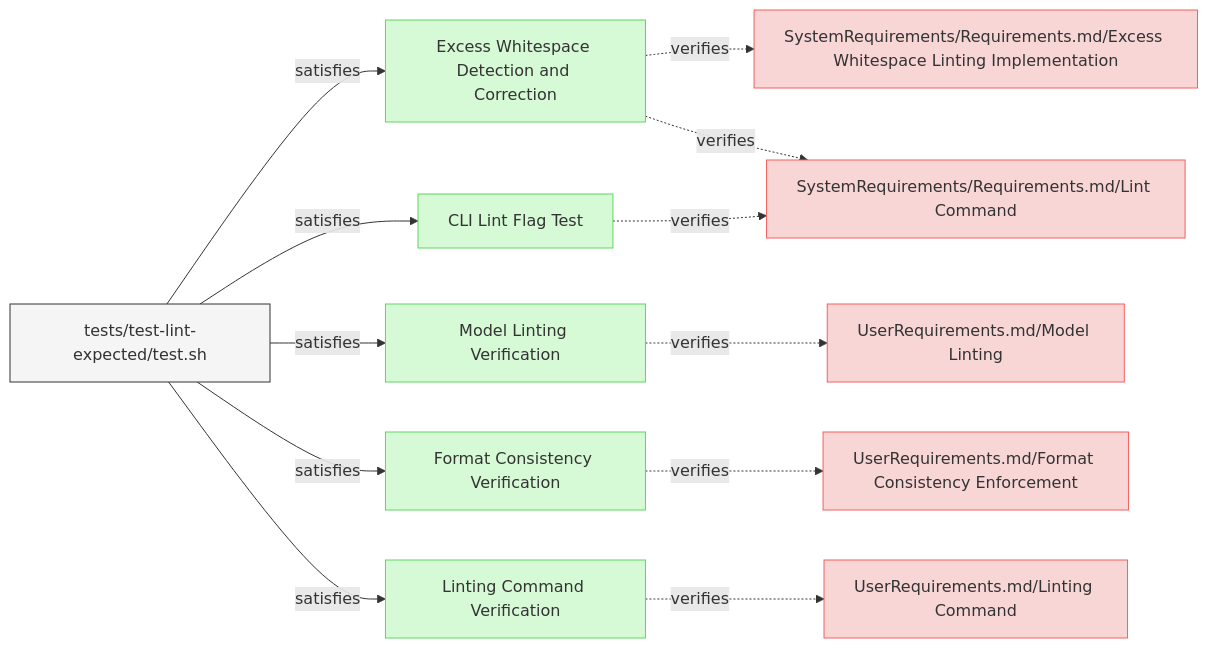
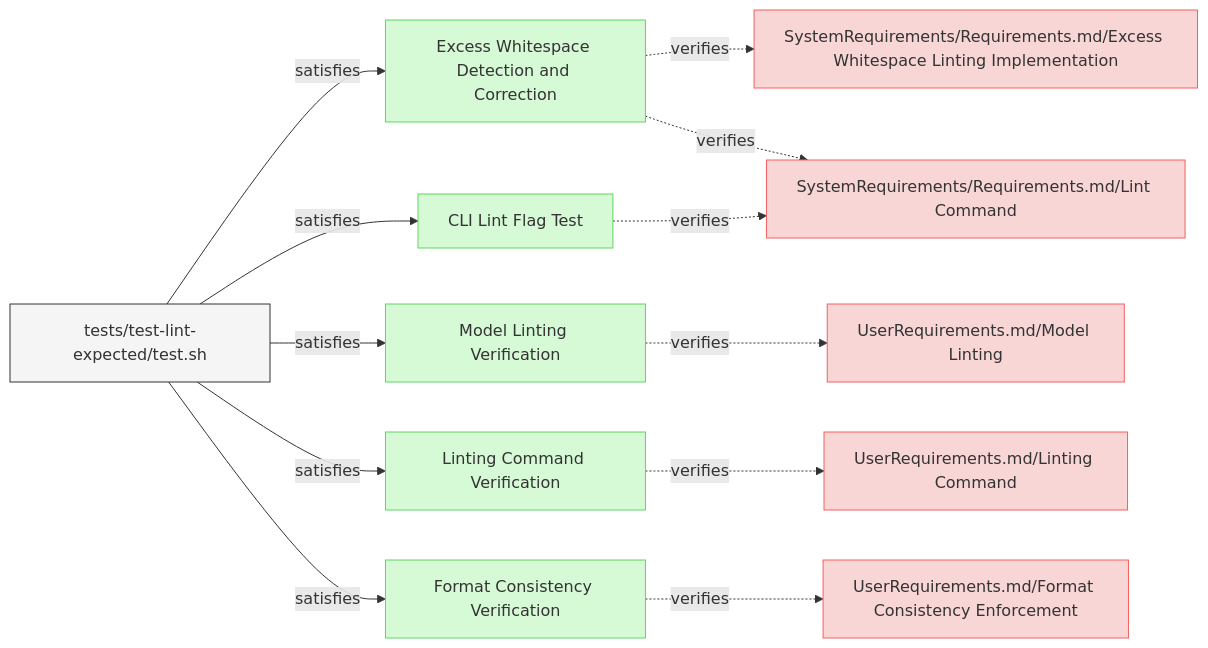
Before and after one commit to reqvire-org/reqvire: the first of 3 diagrams in specifications/Verifications/LintingTests.md, drawn with Mermaid. The commit also changed other lines of this file and 14 other files, not shown here.

````diff
--- a/specifications/Verifications/LintingTests.md
+++ b/specifications/Verifications/LintingTests.md
@@ -6,65 +6,65 @@
 ```mermaid
 graph LR;
   %% Graph styling
   classDef requirement fill:#f9d6d6,stroke:#f55f5f,stroke-width:1px;
   classDef verification fill:#d6f9d6,stroke:#5fd75f,stroke-width:1px;
   classDef externalLink fill:#d0e0ff,stroke:#3080ff,stroke-width:1px;
   classDef default fill:#f5f5f5,stroke:#333333,stroke-width:1px;
 
   37dbb69e504fec9d["Excess Whitespace Detection and Correction"];
   class 37dbb69e504fec9d verification;
   click 37dbb69e504fec9d "LintingTests.md#excess-whitespace-detection-and-correction";
   9f473f6e0b993cac["SystemRequirements/Requirements.md/Excess Whitespace Linting Implementation"];
   class 9f473f6e0b993cac requirement;
   click 9f473f6e0b993cac "../SystemRequirements/Requirements.md#excess-whitespace-linting-implementation";
   37dbb69e504fec9d -.->|verifies| 9f473f6e0b993cac;
   deaec107945edbed["SystemRequirements/Requirements.md/Lint Command"];
   class deaec107945edbed requirement;
   click deaec107945edbed "../SystemRequirements/Requirements.md#lint-command";
   37dbb69e504fec9d -.->|verifies| deaec107945edbed;
   a606311f33e42901["tests/test-lint-expected/test.sh"];
   class a606311f33e42901 default;
   click a606311f33e42901 "../../tests/test-lint-expected/test.sh";
   a606311f33e42901 -->|satisfies| 37dbb69e504fec9d;
-  706dca24b7cc1eb8["CLI Lint Flag Test"];
-  class 706dca24b7cc1eb8 verification;
-  click 706dca24b7cc1eb8 "LintingTests.md#cli-lint-flag-test";
-  706dca24b7cc1eb8 -.->|verifies| deaec107945edbed;
-  a606311f33e42901["tests/test-lint-expected/test.sh"];
-  class a606311f33e42901 default;
-  click a606311f33e42901 "../../tests/test-lint-expected/test.sh";
-  a606311f33e42901 -->|satisfies| 706dca24b7cc1eb8;
   6481e4ca8c4d6920["Model Linting Verification"];
   class 6481e4ca8c4d6920 verification;
   click 6481e4ca8c4d6920 "LintingTests.md#model-linting-verification";
   7305c1d6f7f1e2b2["UserRequirements.md/Model Linting"];
   class 7305c1d6f7f1e2b2 requirement;
   click 7305c1d6f7f1e2b2 "../UserRequirements.md#model-linting";
   6481e4ca8c4d6920 -.->|verifies| 7305c1d6f7f1e2b2;
   a606311f33e42901["tests/test-lint-expected/test.sh"];
   class a606311f33e42901 default;
   click a606311f33e42901 "../../tests/test-lint-expected/test.sh";
   a606311f33e42901 -->|satisfies| 6481e4ca8c4d6920;
+  a8037b2df81f02be["Linting Command Verification"];
+  class a8037b2df81f02be verification;
+  click a8037b2df81f02be "LintingTests.md#linting-command-verification";
+  a51179cda67cf9f2["UserRequirements.md/Linting Command"];
+  class a51179cda67cf9f2 requirement;
+  click a51179cda67cf9f2 "../UserRequirements.md#linting-command";
+  a8037b2df81f02be -.->|verifies| a51179cda67cf9f2;
+  a606311f33e42901["tests/test-lint-expected/test.sh"];
+  class a606311f33e42901 default;
+  click a606311f33e42901 "../../tests/test-lint-expected/test.sh";
+  a606311f33e42901 -->|satisfies| a8037b2df81f02be;
+  706dca24b7cc1eb8["CLI Lint Flag Test"];
+  class 706dca24b7cc1eb8 verification;
+  click 706dca24b7cc1eb8 "LintingTests.md#cli-lint-flag-test";
+  706dca24b7cc1eb8 -.->|verifies| deaec107945edbed;
+  a606311f33e42901["tests/test-lint-expected/test.sh"];
+  class a606311f33e42901 default;
+  click a606311f33e42901 "../../tests/test-lint-expected/test.sh";
+  a606311f33e42901 -->|satisfies| 706dca24b7cc1eb8;
   b8bfbd5ccf026b31["Format Consistency Verification"];
   class b8bfbd5ccf026b31 verification;
   click b8bfbd5ccf026b31 "LintingTests.md#format-consistency-verification";
   974ccf933675ef44["UserRequirements.md/Format Consistency Enforcement"];
   class 974ccf933675ef44 requirement;
   click 974ccf933675ef44 "../UserRequirements.md#format-consistency-enforcement";
   b8bfbd5ccf026b31 -.->|verifies| 974ccf933675ef44;
   a606311f33e42901["tests/test-lint-expected/test.sh"];
   class a606311f33e42901 default;
   click a606311f33e42901 "../../tests/test-lint-expected/test.sh";
   a606311f33e42901 -->|satisfies| b8bfbd5ccf026b31;
-  a8037b2df81f02be["Linting Command Verification"];
-  class a8037b2df81f02be verification;
-  click a8037b2df81f02be "LintingTests.md#linting-command-verification";
-  a51179cda67cf9f2["UserRequirements.md/Linting Command"];
-  class a51179cda67cf9f2 requirement;
-  click a51179cda67cf9f2 "../UserRequirements.md#linting-command";
-  a8037b2df81f02be -.->|verifies| a51179cda67cf9f2;
-  a606311f33e42901["tests/test-lint-expected/test.sh"];
-  class a606311f33e42901 default;
-  click a606311f33e42901 "../../tests/test-lint-expected/test.sh";
-  a606311f33e42901 -->|satisfies| a8037b2df81f02be;
 ```
````
